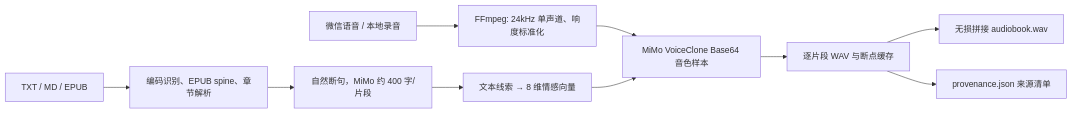
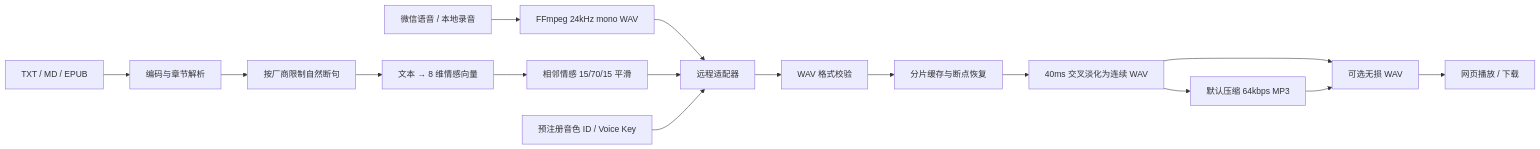
The diagram in docs/TECHNICAL_DESIGN.md (milkgod722/novel-voice-studio), drawn with Mermaid before and after one commit. The commit also changed other lines of this file and 20 other files, not shown here.

````diff
--- a/docs/TECHNICAL_DESIGN.md
+++ b/docs/TECHNICAL_DESIGN.md
@@ -29,12 +39,18 @@
 ```mermaid
 flowchart LR
-  A["微信语音 / 本地录音"] --> B["FFmpeg: 24kHz 单声道、响度标准化"]
-  C["TXT / MD / EPUB"] --> D["编码识别、EPUB spine、章节解析"]
-  D --> E["自然断句，MiMo 约 400 字/片段"]
-  E --> F["文本线索 → 8 维情感向量"]
-  B --> G["MiMo VoiceClone Base64 音色样本"]
-  F --> G
-  G --> H["逐片段 WAV 与断点缓存"]
-  H --> I["无损拼接 audiobook.wav"]
-  H --> J["provenance.json 来源清单"]
+  A["微信语音 / 本地录音"] --> B["FFmpeg 24kHz mono WAV"]
+  C["TXT / MD / EPUB"] --> D["编码与章节解析"]
+  D --> E["按厂商限制自然断句"]
+  E --> F["文本 → 8 维情感向量"]
+  F --> S["相邻情感 15/70/15 平滑"]
+  B --> G["远程适配器"]
+  S --> G
+  H["预注册音色 ID / Voice Key"] --> G
+  G --> I["WAV 格式校验"]
+  I --> J["分片缓存与断点恢复"]
+  J --> K["40ms 交叉淡化为连续 WAV"]
+  K --> M["默认压缩 64kbps MP3"]
+  K --> L["可选无损 WAV"]
+  M --> L
+  L --> N["网页播放 / 下载"]
 ```
````
